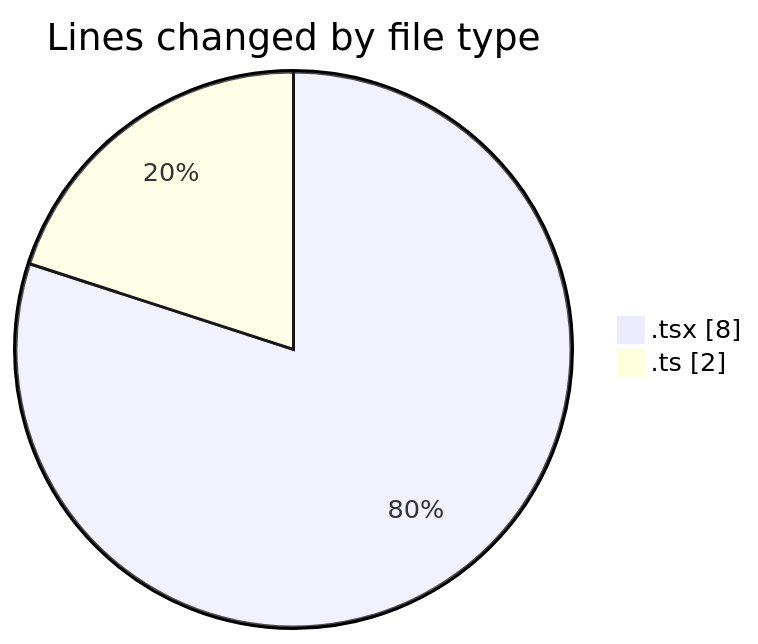
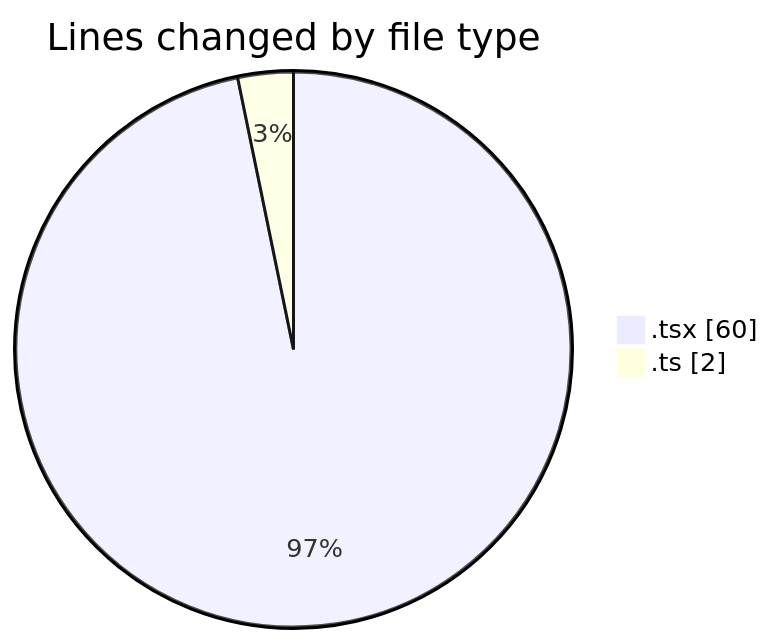
Before and after one commit to julien-gomy/code-tracking: the first of 2 diagrams in 2025-11-23/eventscop-frontend-guide__workspace_/README.md, drawn with Mermaid. The commit also changed other lines of this file and 1 other file, not shown here.

````diff
--- a/2025-11-23/eventscop-frontend-guide__workspace_/README.md
+++ b/2025-11-23/eventscop-frontend-guide__workspace_/README.md
@@ -21,6 +22,6 @@
 ```mermaid
 pie showData
 title Lines changed by file type
-".tsx" : 8
+".tsx" : 60
 ".ts" : 2
 ```
````
